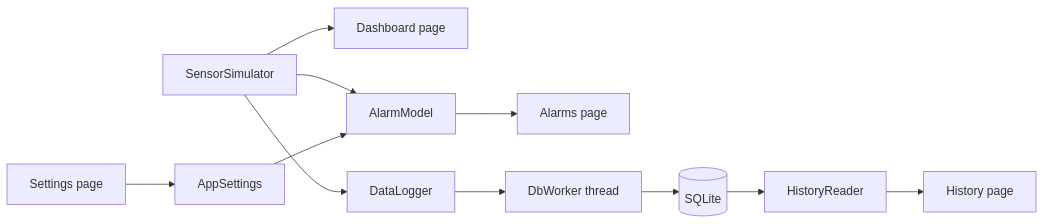
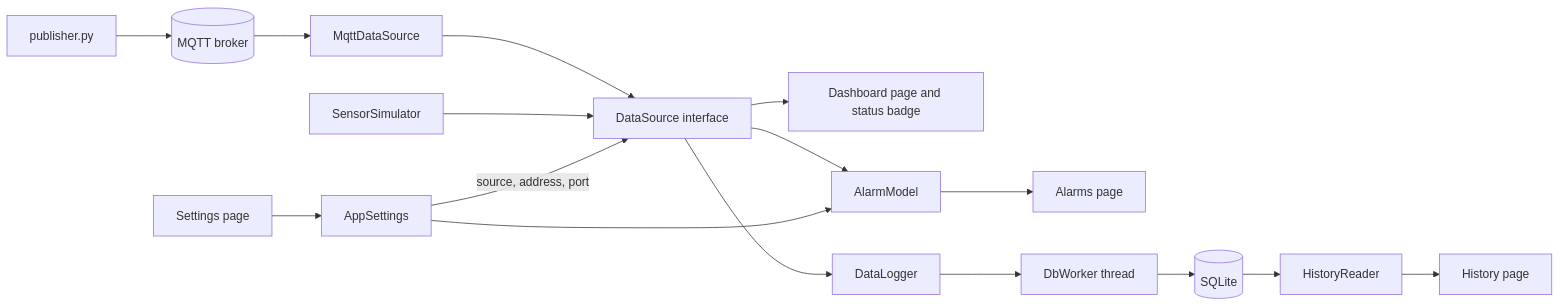
The diagram in README.md (nourbelgacem077-byte/SupervisionDashboard), drawn with Mermaid before and after one commit. The commit also changed other lines of this file, not shown here.

First line of the commit message:
Enhance README with detailed features and MQTT info

````diff
--- a/README.md
+++ b/README.md
@@ -40,8 +49,14 @@
 ```mermaid
 flowchart LR
-    S[SensorSimulator] --> D1[Dashboard page]
-    S --> A[AlarmModel] --> P[Alarms page]
-    S --> L[DataLogger] --> W[DbWorker thread] --> DB[(SQLite)]
+    PUB[publisher.py] --> BR[(MQTT broker)] --> M[MqttDataSource]
+    SIM[SensorSimulator]
+    M --> DS[DataSource interface]
+    SIM --> DS
+    DS --> D1[Dashboard page and status badge]
+    DS --> A[AlarmModel] --> P[Alarms page]
+    DS --> L[DataLogger] --> W[DbWorker thread] --> DB[(SQLite)]
     DB --> H[HistoryReader] --> Q[History page]
-    T[Settings page] --> C[AppSettings] --> A
+    T[Settings page] --> C[AppSettings]
+    C --> A
+    C -->|source, address, port| DS
 ```
````
